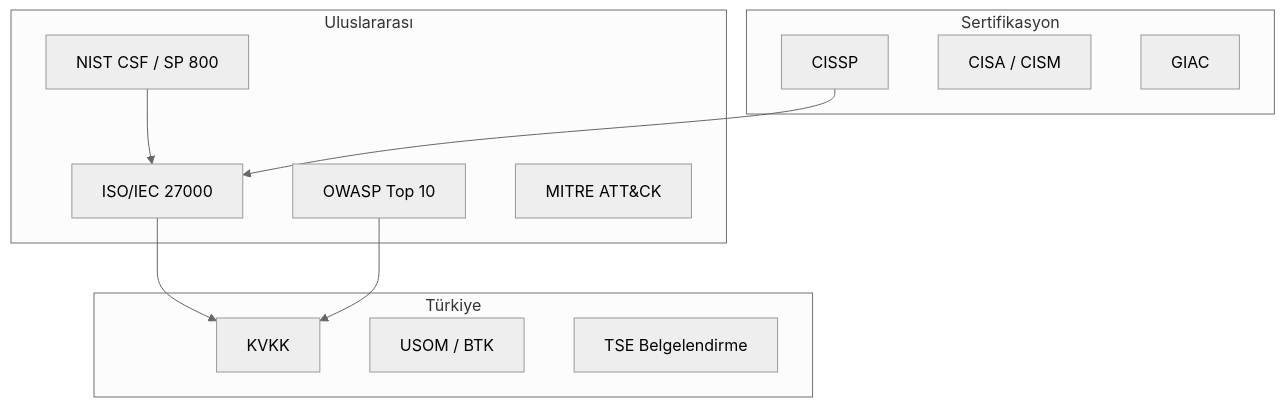
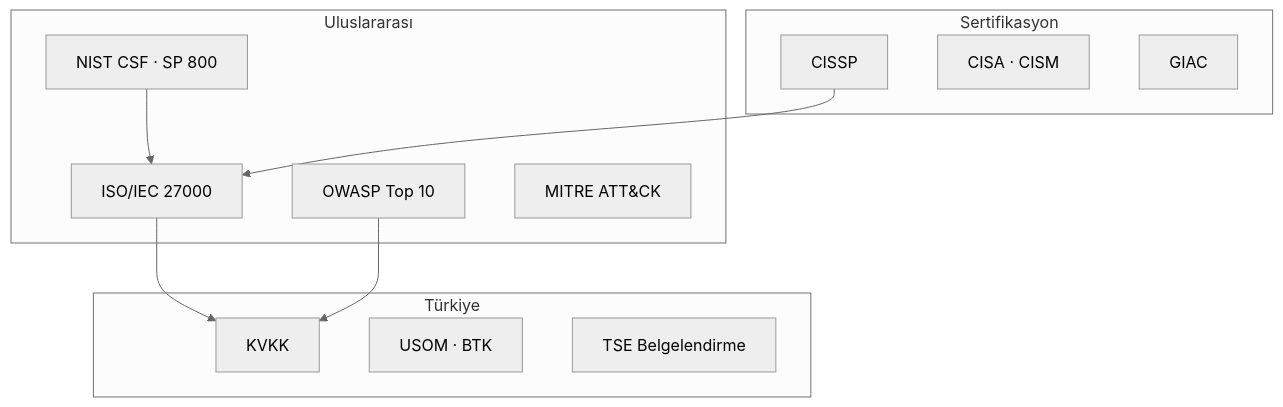
Before and after one commit to yusufarbc/Siber-Guvenlik-Rehberi: the diagram in src/content/docs/01-bilgi-guvenligi/04-standartlar-organizasyonlar-ve-sertifikalar.md, drawn with Mermaid (neutral theme). The commit also changed other lines of this file and 4 other files, not shown here.

````diff
--- a/src/content/docs/01-bilgi-guvenligi/04-standartlar-organizasyonlar-ve-sertifikalar.md
+++ b/src/content/docs/01-bilgi-guvenligi/04-standartlar-organizasyonlar-ve-sertifikalar.md
@@ -12,23 +12,23 @@
 ```mermaid
 flowchart TB
-  subgraph Uluslararasi["Uluslararası"]
-    ISO[ISO/IEC 27000]
-    NIST[NIST CSF / SP 800]
-    OWASP[OWASP Top 10]
-    MITRE[MITRE ATT&CK]
+  subgraph uluslararasi["Uluslararası"]
+    iso27000["ISO/IEC 27000"]
+    nist_csf["NIST CSF · SP 800"]
+    owasp_top10["OWASP Top 10"]
+    mitre_attack["MITRE ATT&CK"]
   end
-  subgraph Turkiye["Türkiye"]
-    KVKK[KVKK]
-    USOM[USOM / BTK]
-    TSE[TSE Belgelendirme]
+  subgraph turkiye["Türkiye"]
+    kvkk["KVKK"]
+    usom_btk["USOM · BTK"]
+    tse_belge["TSE Belgelendirme"]
   end
-  subgraph Sertifika["Sertifikasyon"]
-    ISC2[CISSP]
-    ISACA[CISA / CISM]
-    SANS[GIAC]
+  subgraph sertifikasyon["Sertifikasyon"]
+    cissp["CISSP"]
+    cisa_cism["CISA · CISM"]
+    giac["GIAC"]
   end
-  ISO --> KVKK
-  NIST --> ISO
-  OWASP --> KVKK
-  ISC2 --> ISO
+  iso27000 --> kvkk
+  nist_csf --> iso27000
+  owasp_top10 --> kvkk
+  cissp --> iso27000
 ```
````
